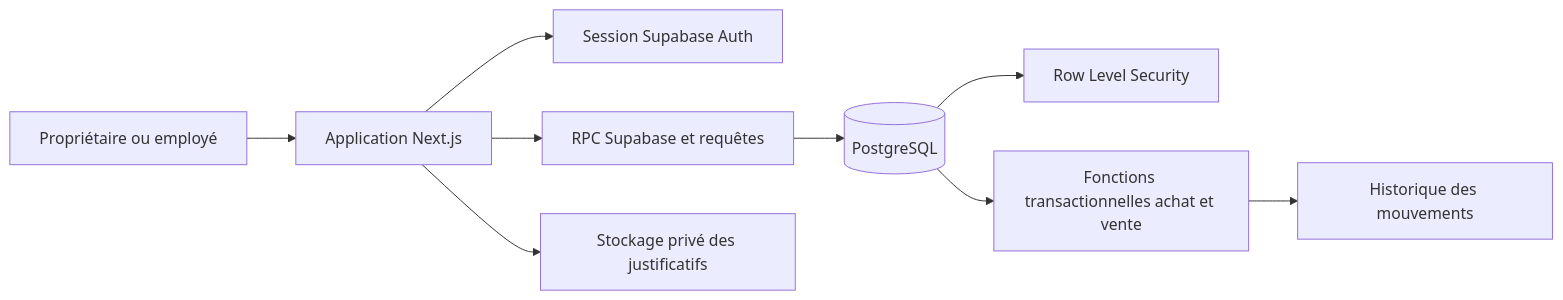
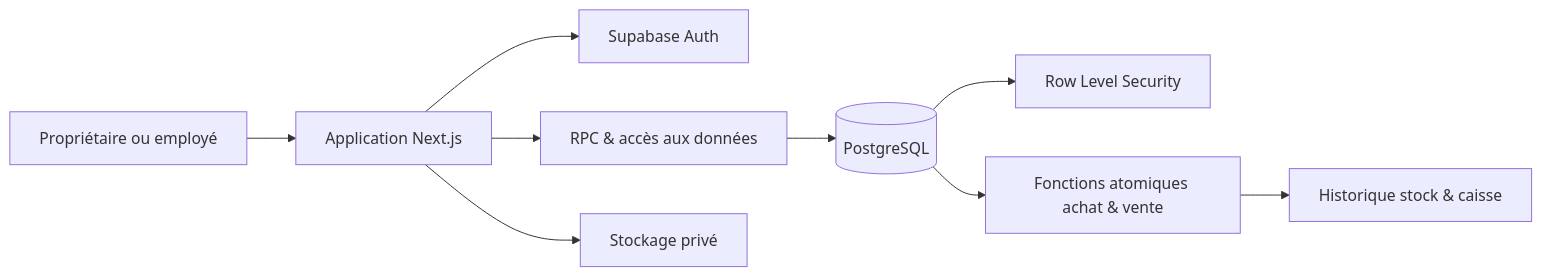
Before and after one commit to Aaronn765/Stockoo-Public-version: the diagram in README.fr.md, drawn with Mermaid. The commit also changed other lines of this file, not shown here.

```diff
--- a/README.fr.md
+++ b/README.fr.md
@@ -31,11 +38,11 @@
 ~~~mermaid
 flowchart LR
   U[Propriétaire ou employé] --> W[Application Next.js]
-  W --> S[Session Supabase Auth]
-  W --> R[RPC Supabase et requêtes]
+  W --> A[Supabase Auth]
+  W --> R[RPC & accès aux données]
   R --> P[(PostgreSQL)]
   P --> L[Row Level Security]
-  P --> T[Fonctions transactionnelles achat et vente]
-  T --> M[Historique des mouvements]
-  W --> F[Stockage privé des justificatifs]
+  P --> T[Fonctions atomiques achat & vente]
+  T --> M[Historique stock & caisse]
+  W --> F[Stockage privé]
 ~~~
```
